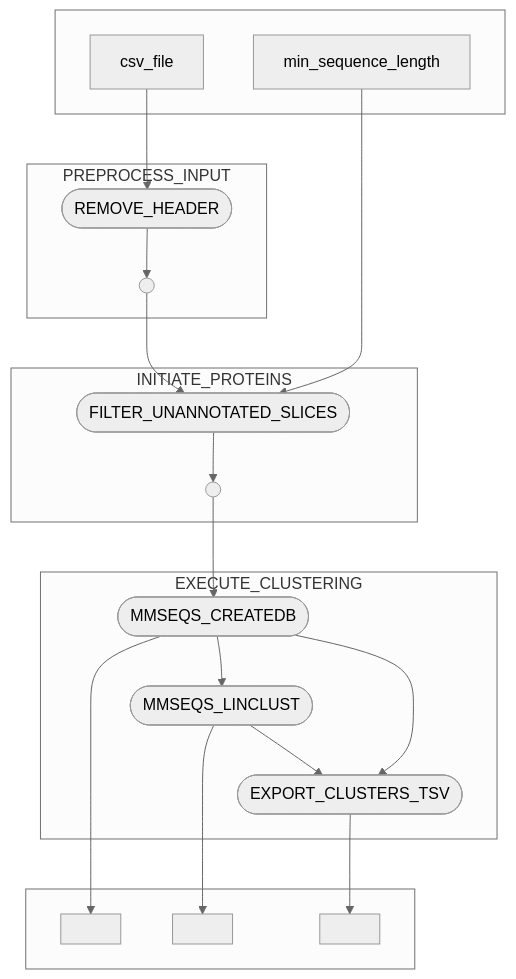
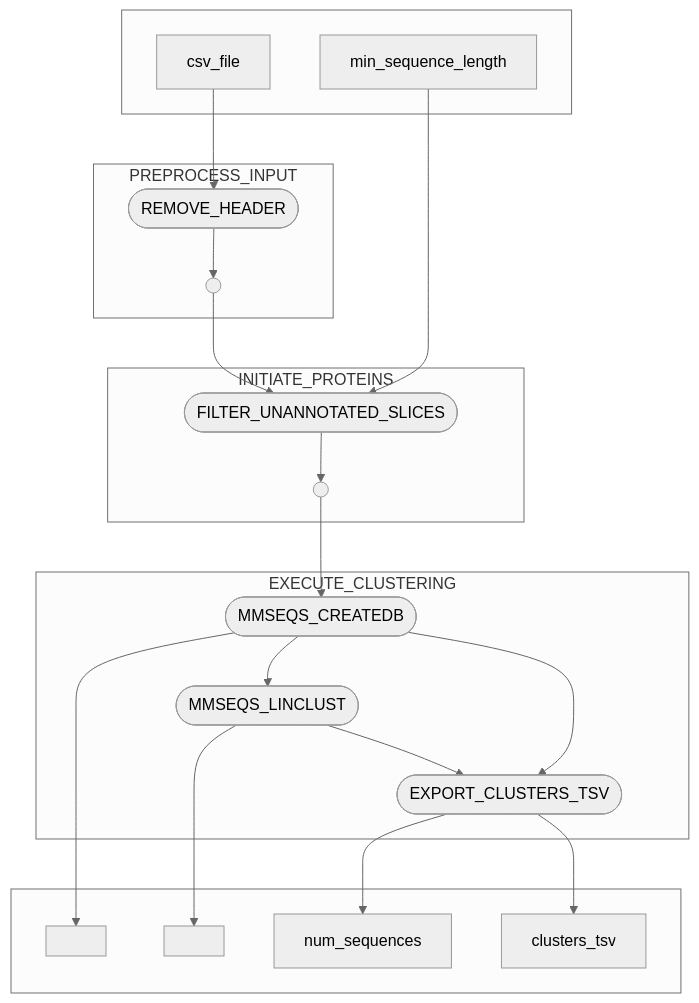
Before and after one commit to EBI-Metagenomics/mgnifams: the diagram in images/setup_clusters.mmd, drawn with Mermaid (neutral theme). The commit also changed 9 other files, not shown here.

Commit message:
flowcharts and images updated

```diff
--- a/images/setup_clusters.mmd
+++ b/images/setup_clusters.mmd
@@ -1,35 +1,37 @@
 flowchart TB
     subgraph " "
     v0["csv_file"]
     v3["min_sequence_length"]
     end
     subgraph PREPROCESS_INPUT
     v1([REMOVE_HEADER])
     v2(( ))
     end
     subgraph INITIATE_PROTEINS
     v4([FILTER_UNANNOTATED_SLICES])
     v5(( ))
     end
     subgraph EXECUTE_CLUSTERING
     v7([MMSEQS_CREATEDB])
     v9([MMSEQS_LINCLUST])
     v11([EXPORT_CLUSTERS_TSV])
     end
     subgraph " "
     v8[" "]
     v10[" "]
-    v12[" "]
+    v12["num_sequences"]
+    v13["clusters_tsv"]
     end
     v0 --> v1
     v1 --> v2
     v3 --> v4
     v2 --> v4
     v4 --> v5
     v5 --> v7
     v7 --> v9
     v7 --> v8
     v7 --> v11
     v9 --> v11
     v9 --> v10
+    v11 --> v13
     v11 --> v12
```
